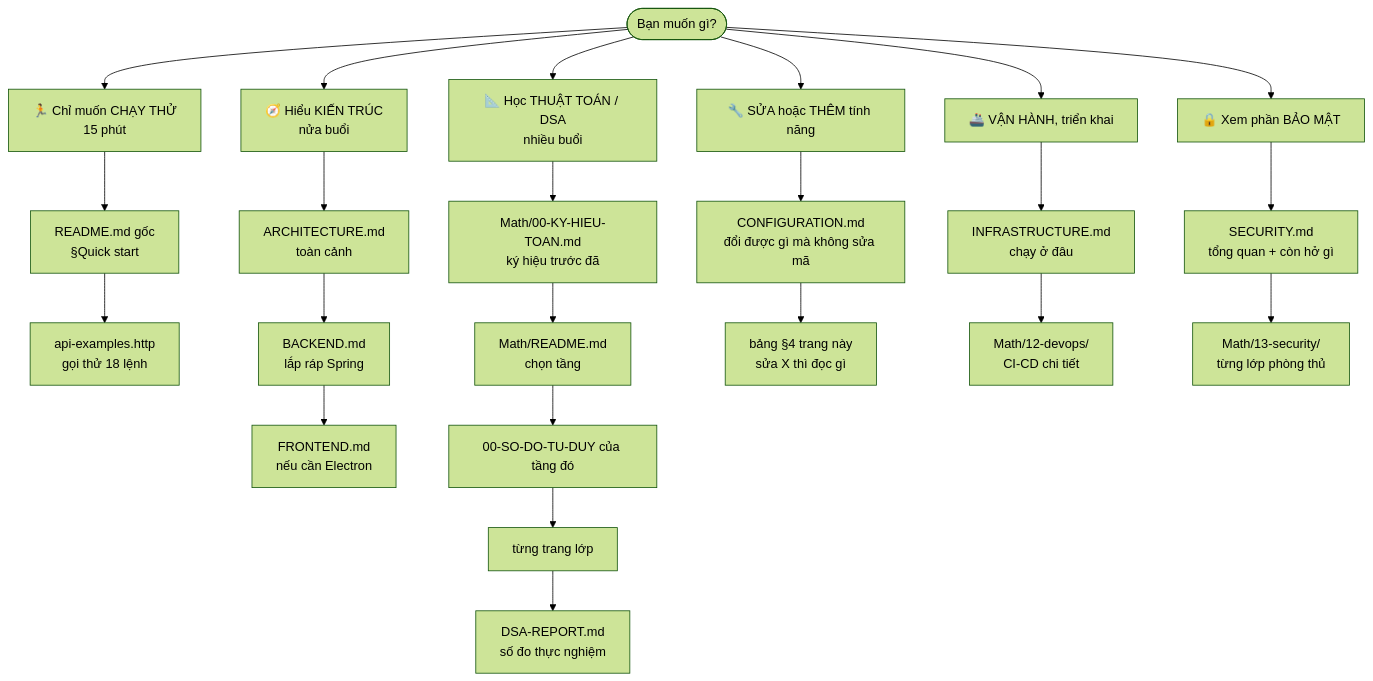
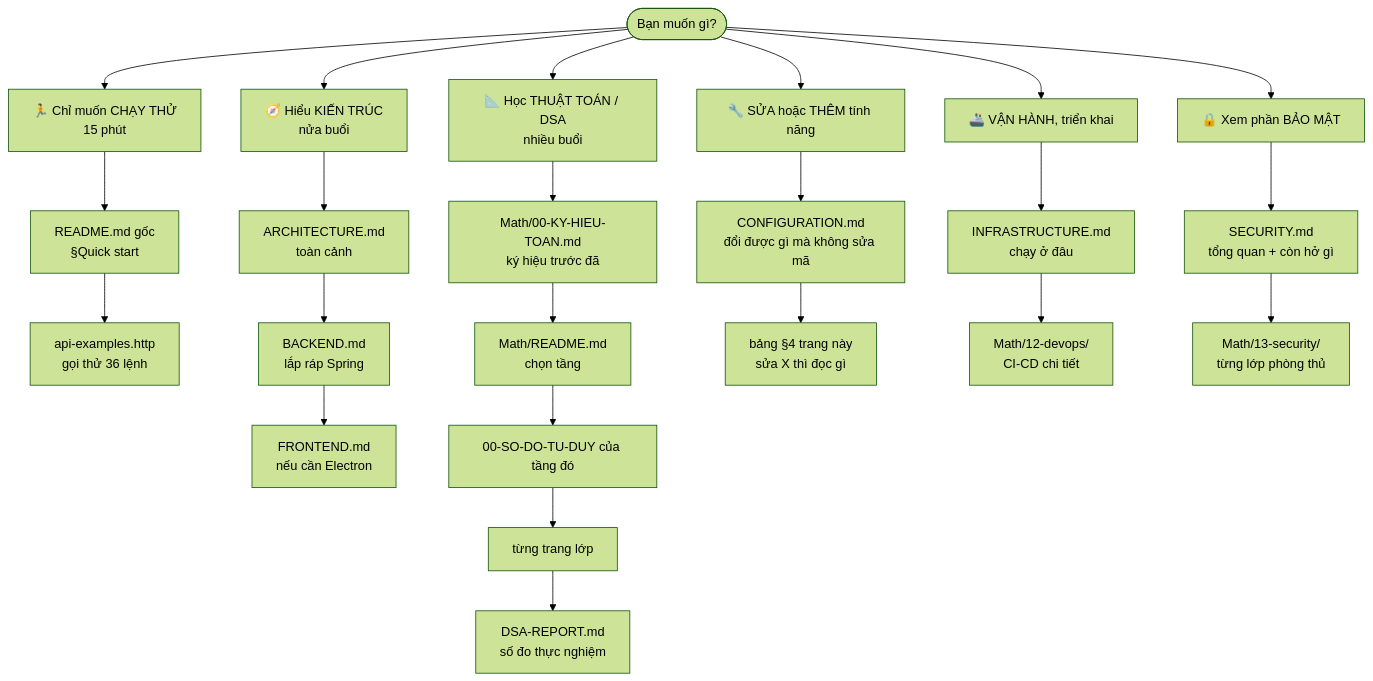
Before and after one commit to KietAnhCS/CocCoc-Plus: the diagram in docs/README.md, drawn with Mermaid (forest theme). The commit also changed other lines of this file and 10 other files, not shown here.

````diff
--- a/docs/README.md
+++ b/docs/README.md
@@ -37,35 +40,35 @@
 ```mermaid
 flowchart TD
     START(["Bạn muốn gì?"])
 
     R1["🏃 Chỉ muốn CHẠY THỬ<br/>15 phút"]
     R2["🧭 Hiểu KIẾN TRÚC<br/>nửa buổi"]
     R3["📐 Học THUẬT TOÁN / DSA<br/>nhiều buổi"]
     R4["🔧 SỬA hoặc THÊM tính năng"]
     R5["🚢 VẬN HÀNH, triển khai"]
     R6["🔒 Xem phần BẢO MẬT"]
 
     START --> R1 & R2 & R3 & R4 & R5 & R6
 
     R1 --> A1["README.md gốc<br/>§Quick start"]
-    A1 --> A2["api-examples.http<br/>gọi thử 18 lệnh"]
+    A1 --> A2["api-examples.http<br/>gọi thử 36 lệnh"]
 
     R2 --> B1["ARCHITECTURE.md<br/>toàn cảnh"]
     B1 --> B2["BACKEND.md<br/>lắp ráp Spring"]
     B2 --> B3["FRONTEND.md<br/>nếu cần Electron"]
 
     R3 --> C1["Math/00-KY-HIEU-TOAN.md<br/>ký hiệu trước đã"]
     C1 --> C2["Math/README.md<br/>chọn tầng"]
     C2 --> C3["00-SO-DO-TU-DUY của tầng đó"]
     C3 --> C4["từng trang lớp"]
     C4 --> C5["DSA-REPORT.md<br/>số đo thực nghiệm"]
 
     R4 --> D1["CONFIGURATION.md<br/>đổi được gì mà không sửa mã"]
     D1 --> D2["bảng §4 trang này<br/>sửa X thì đọc gì"]
 
     R5 --> E1["INFRASTRUCTURE.md<br/>chạy ở đâu"]
     E1 --> E2["Math/12-devops/<br/>CI-CD chi tiết"]
 
     R6 --> F1["SECURITY.md<br/>tổng quan + còn hở gì"]
     F1 --> F2["Math/13-security/<br/>từng lớp phòng thủ"]
 ```
````
